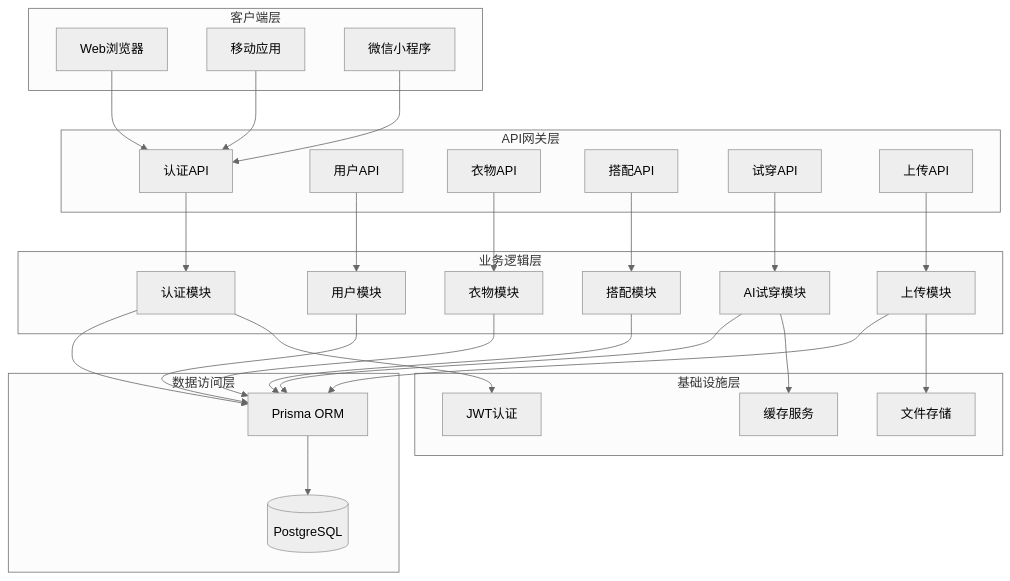
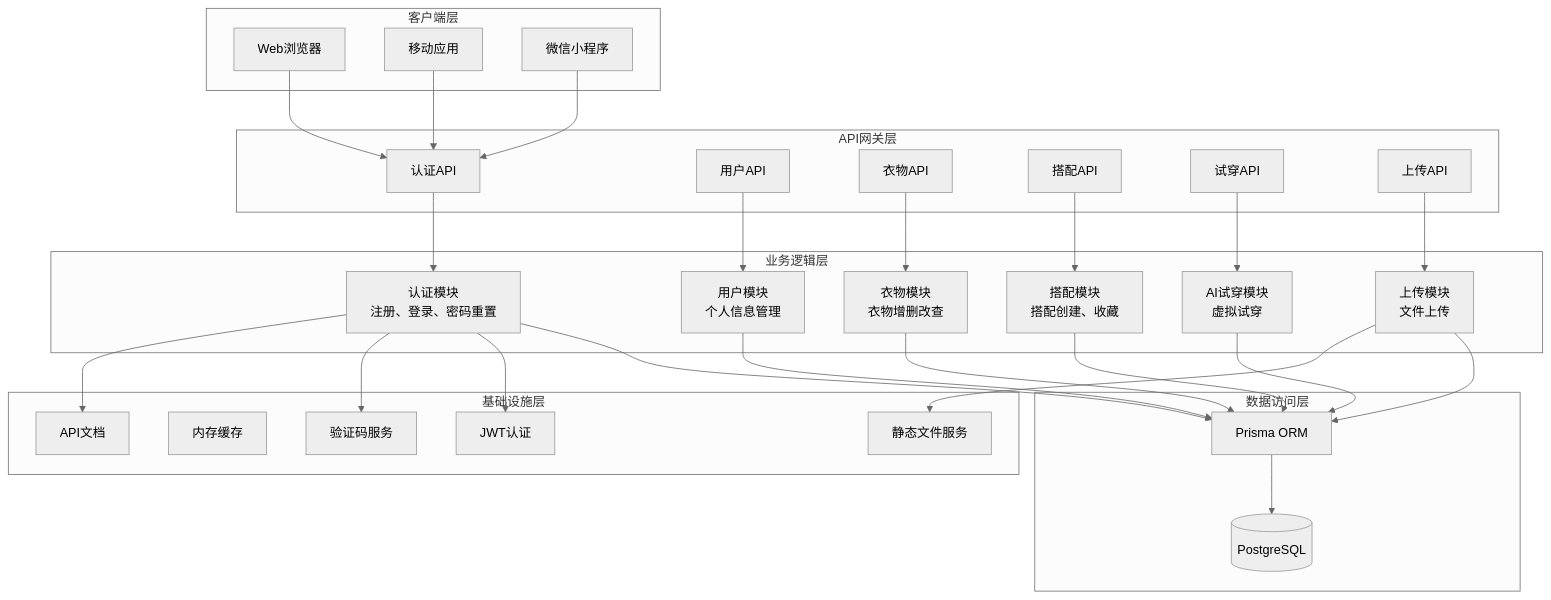
The third of 11 diagrams in .qoder/repowiki/zh/content/后端开发指南/后端开发指南.md (lsqwawa/free-dress), drawn with Mermaid (neutral theme) before and after one commit. The commit also changed other lines of this file and 74 other files, not shown here.

````diff
--- a/.qoder/repowiki/zh/content/后端开发指南/后端开发指南.md
+++ b/.qoder/repowiki/zh/content/后端开发指南/后端开发指南.md
@@ -185,52 +196,55 @@
 ```mermaid
 graph TD
 subgraph "客户端层"
 Web[Web浏览器]
 Mobile[移动应用]
 WeChat[微信小程序]
 end
 subgraph "API网关层"
 AuthAPI[认证API]
 UserAPI[用户API]
 ClothAPI[衣物API]
 OutfitAPI[搭配API]
 TryonAPI[试穿API]
 UploadAPI[上传API]
 end
 subgraph "业务逻辑层"
-AuthModule[认证模块]
-UserModule[用户模块]
-ClothModule[衣物模块]
-OutfitModule[搭配模块]
-TryonModule[AI试穿模块]
-UploadModule[上传模块]
+AuthModule[认证模块<br/>注册、登录、密码重置]
+UserModule[用户模块<br/>个人信息管理]
+ClothModule[衣物模块<br/>衣物增删改查]
+OutfitModule[搭配模块<br/>搭配创建、收藏]
+TryonModule[AI试穿模块<br/>虚拟试穿]
+UploadModule[上传模块<br/>文件上传]
 end
 subgraph "数据访问层"
 Prisma[Prisma ORM]
 Database[(PostgreSQL)]
 end
 subgraph "基础设施层"
 JWT[JWT认证]
-Cache[缓存服务]
-Storage[文件存储]
+Cache[内存缓存]
+Captcha[验证码服务]
+Static[静态文件服务]
+Swagger[API文档]
 end
 Web --> AuthAPI
 Mobile --> AuthAPI
 WeChat --> AuthAPI
 AuthAPI --> AuthModule
 UserAPI --> UserModule
 ClothAPI --> ClothModule
 OutfitAPI --> OutfitModule
 TryonAPI --> TryonModule
 UploadAPI --> UploadModule
 AuthModule --> Prisma
 UserModule --> Prisma
 ClothModule --> Prisma
 OutfitModule --> Prisma
 TryonModule --> Prisma
 UploadModule --> Prisma
 Prisma --> Database
 AuthModule --> JWT
-TryonModule --> Cache
-UploadModule --> Storage
+AuthModule --> Captcha
+UploadModule --> Static
+AuthModule --> Swagger
 ```
````
